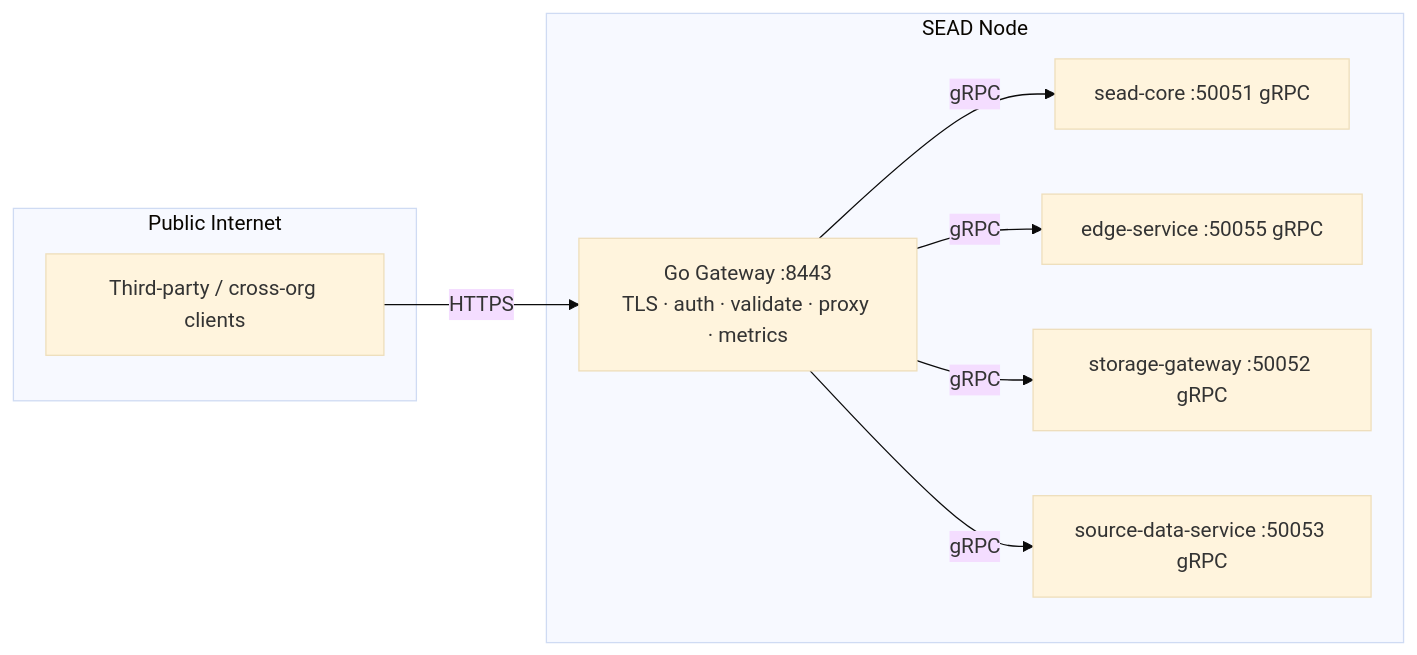
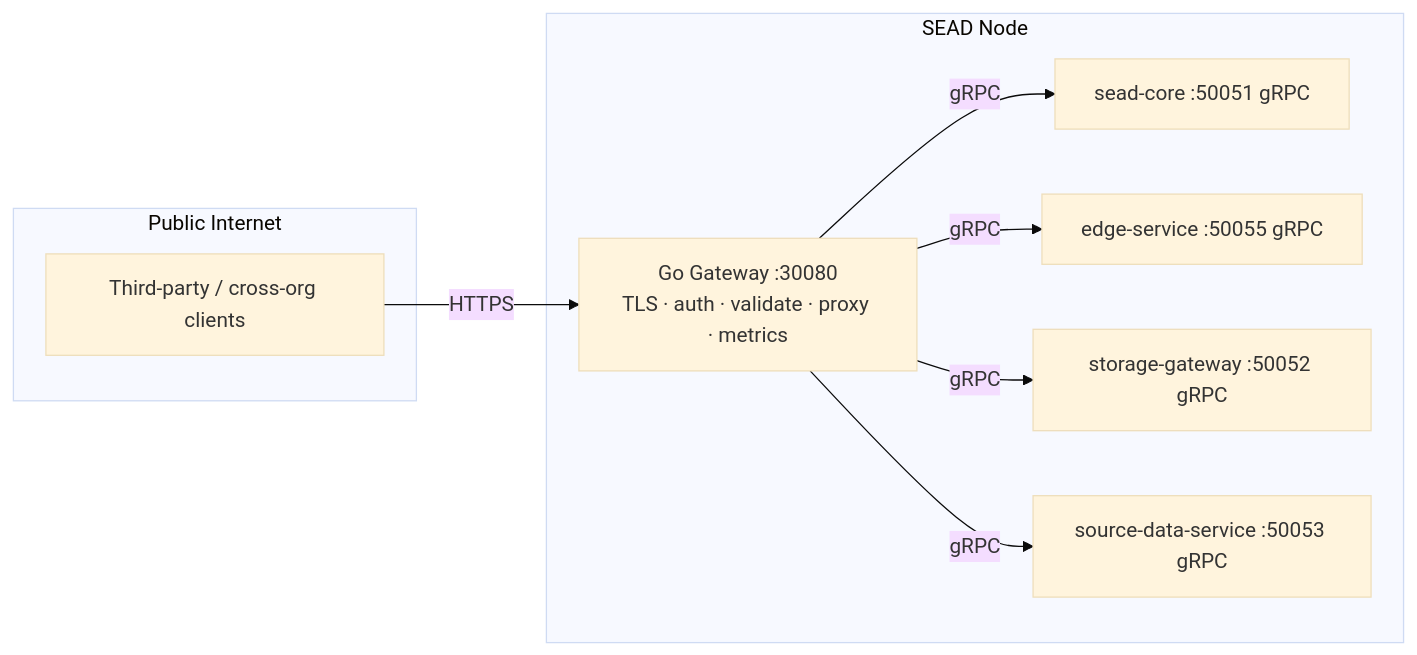
One commit to Stardome-technology/stardome-sead-gateway changed the diagram in README.md. Above: the diagram before and after it, drawn with Mermaid (base theme). The commit also changed other lines of this file and 2 other files, not shown here.

Commit message:
fix: gateway port 30080 (keep 300xx convention)

````diff
--- a/README.md
+++ b/README.md
@@ -10,20 +10,20 @@
 ```mermaid
 graph LR
     subgraph "Public Internet"
         Client[Third-party / cross-org clients]
     end
 
     subgraph "SEAD Node"
-        GW[Go Gateway :8443<br/>TLS · auth · validate · proxy · metrics]
+        GW[Go Gateway :30080<br/>TLS · auth · validate · proxy · metrics]
         SC[sead-core :50051 gRPC]
         ED[edge-service :50055 gRPC]
         ST[storage-gateway :50052 gRPC]
         SD[source-data-service :50053 gRPC]
         GW -->|gRPC| SC
         GW -->|gRPC| ED
         GW -->|gRPC| ST
         GW -->|gRPC| SD
     end
 
     Client -->|HTTPS| GW
 ```
````
